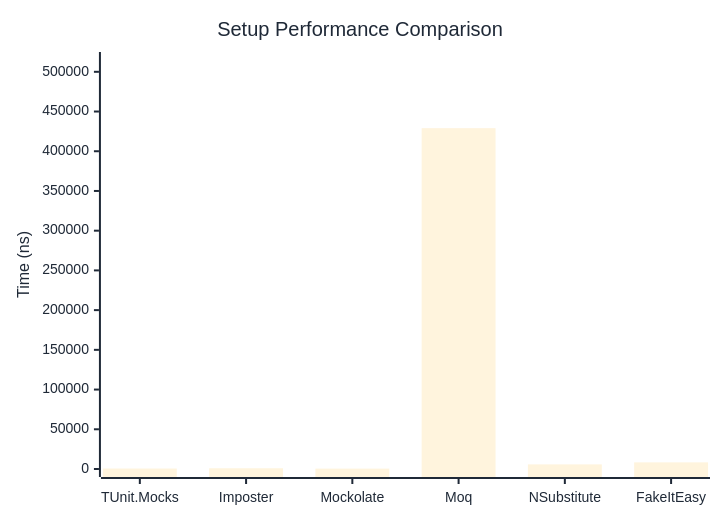
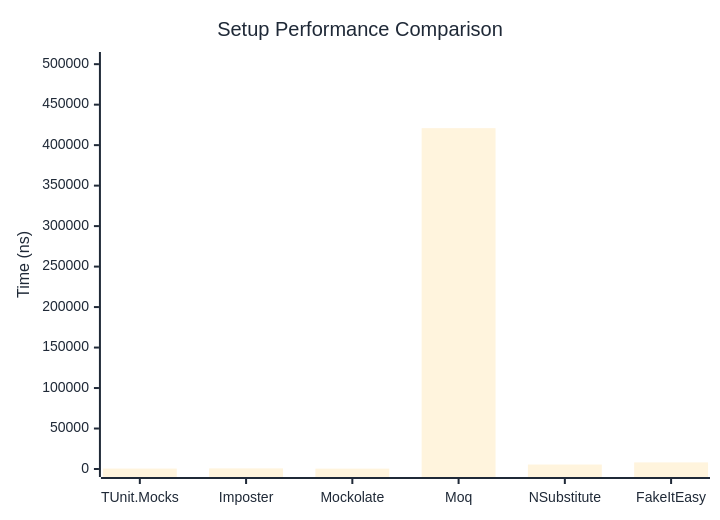
The first of 2 diagrams in docs/docs/benchmarks/mocks/Setup.md (thomhurst/TUnit), drawn with Mermaid before and after one commit. The commit also changed other lines of this file and 14 other files, not shown here.

````diff
--- a/docs/docs/benchmarks/mocks/Setup.md
+++ b/docs/docs/benchmarks/mocks/Setup.md
@@ -28,27 +28,27 @@
 ```mermaid
 %%{init: {
   'theme':'base',
   'themeVariables': {
     'primaryColor': '#2563eb',
     'primaryTextColor': '#1f2937',
     'primaryBorderColor': '#1e40af',
     'lineColor': '#6b7280',
     'secondaryColor': '#7c3aed',
     'tertiaryColor': '#dc2626',
     'background': '#ffffff',
     'pie1': '#2563eb',
     'pie2': '#7c3aed',
     'pie3': '#dc2626',
     'pie4': '#f59e0b',
     'pie5': '#10b981',
     'pie6': '#06b6d4',
     'pie7': '#ec4899',
     'pie8': '#6366f1'
   }
 }}%%
 xychart-beta
   title "Setup Performance Comparison"
   x-axis ["TUnit.Mocks", "Imposter", "Mockolate", "Moq", "NSubstitute", "FakeItEasy"]
-  y-axis "Time (ns)" 0 --> 514855
-  bar [595, 939.3, 487.5, 429045.4, 5806.8, 8364.3]
+  y-axis "Time (ns)" 0 --> 505162
+  bar [519, 757.9, 422.9, 420967.6, 5532.5, 8149.2]
 ```
````
